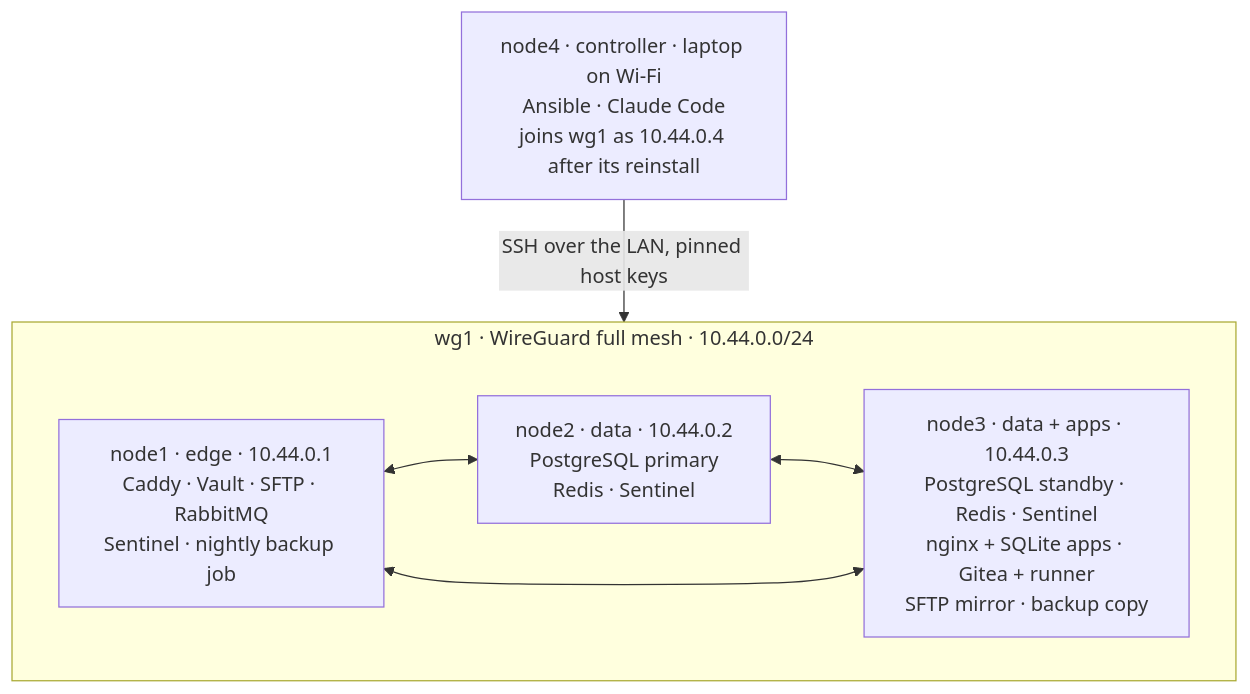
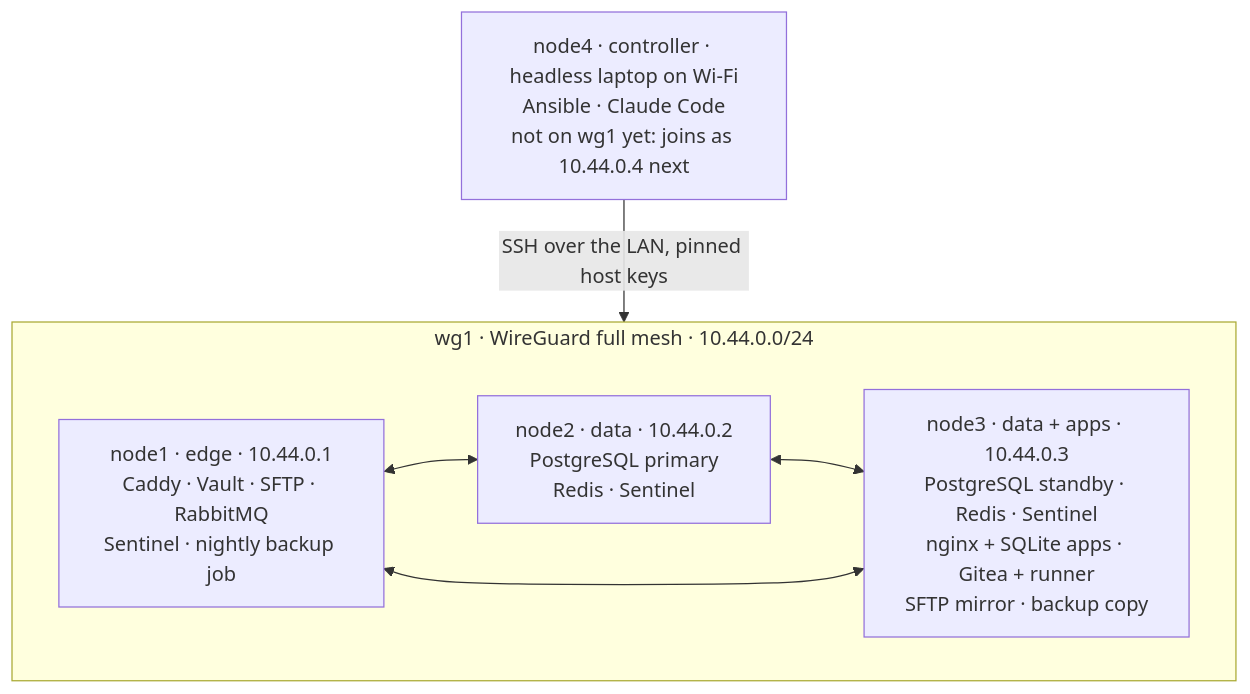
Before and after one commit to vpetukhov-wbss/homelab-infrastructure: the third of 8 diagrams in README.md, drawn with Mermaid. The commit also changed other lines of this file and 4 other files, not shown here.

First line of the commit message:
docs: node4 reinstalled and not converged, stale facts corrected

```diff
--- a/README.md
+++ b/README.md
@@ -84,14 +84,14 @@
 ~~~mermaid
 flowchart TB
     subgraph mesh ["wg1 · WireGuard full mesh · 10.44.0.0/24"]
         direction LR
         n1["node1 · edge · 10.44.0.1<br/>Caddy · Vault · SFTP · RabbitMQ<br/>Sentinel · nightly backup job"]
         n2["node2 · data · 10.44.0.2<br/>PostgreSQL primary<br/>Redis · Sentinel"]
         n3["node3 · data + apps · 10.44.0.3<br/>PostgreSQL standby · Redis · Sentinel<br/>nginx + SQLite apps · Gitea + runner<br/>SFTP mirror · backup copy"]
         n1 <--> n2
         n2 <--> n3
         n3 <--> n1
     end
-    n4["node4 · controller · laptop on Wi-Fi<br/>Ansible · Claude Code<br/>joins wg1 as 10.44.0.4 after its reinstall"]
+    n4["node4 · controller · headless laptop on Wi-Fi<br/>Ansible · Claude Code<br/>not on wg1 yet: joins as 10.44.0.4 next"]
     n4 -- "SSH over the LAN, pinned host keys" --> mesh
 ~~~
```
